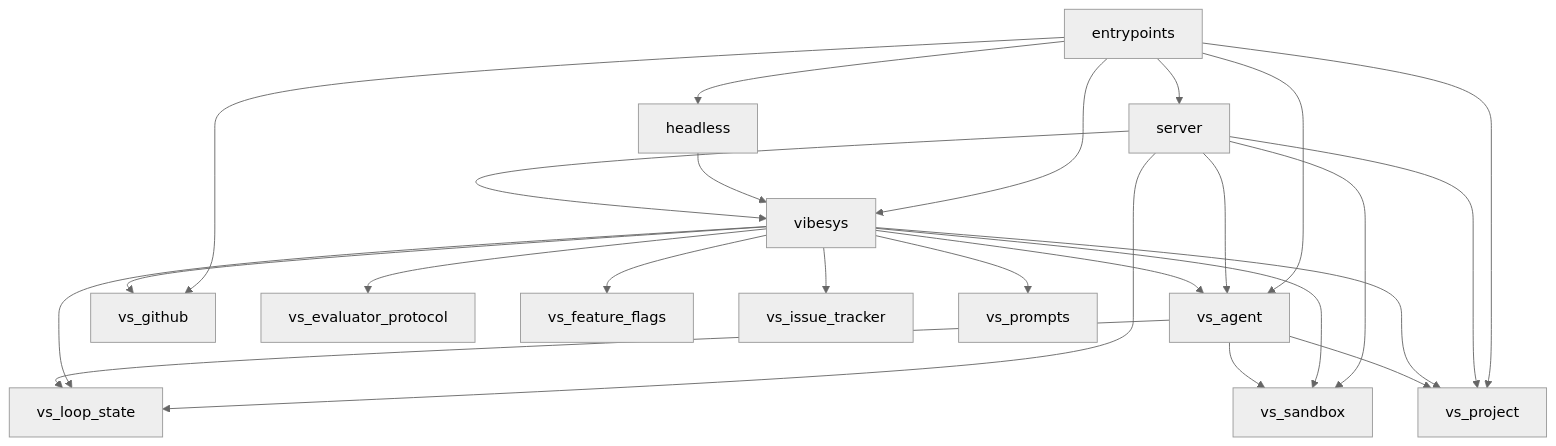
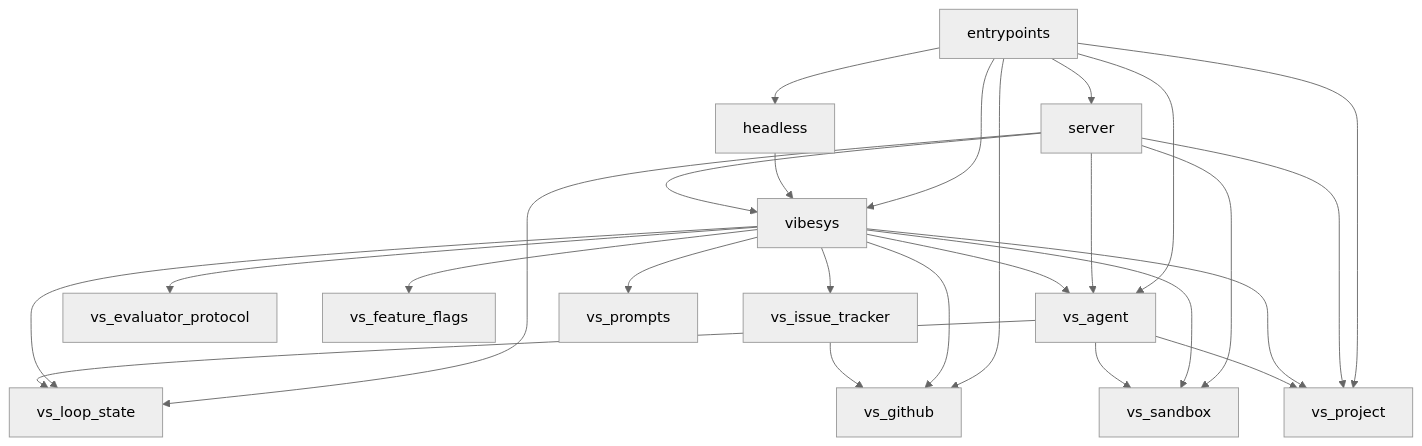
The first of 3 diagrams in docs/contributing/architecture.md (uw-syfi/vibesys), drawn with Mermaid (neutral theme) before and after one commit. The commit also changed other lines of this file and 43 other files, not shown here.

Commit message:
fix: harden GitHub issue tracker runs

````diff
--- a/docs/contributing/architecture.md
+++ b/docs/contributing/architecture.md
@@ -38,27 +38,28 @@
 ```mermaid
 graph TD
     entrypoints --> headless
     entrypoints --> server
     entrypoints --> vibesys
     entrypoints --> vs_agent
     entrypoints --> vs_github
     entrypoints --> vs_project
     headless --> vibesys
     server --> vibesys
     server --> vs_agent
     server --> vs_loop_state
     server --> vs_project
     server --> vs_sandbox
     vibesys --> vs_agent
     vibesys --> vs_evaluator_protocol
     vibesys --> vs_feature_flags
     vibesys --> vs_github
     vibesys --> vs_issue_tracker
     vibesys --> vs_loop_state
     vibesys --> vs_project
     vibesys --> vs_prompts
     vibesys --> vs_sandbox
     vs_agent --> vs_loop_state
     vs_agent --> vs_project
     vs_agent --> vs_sandbox
+    vs_issue_tracker --> vs_github
 ```
````
